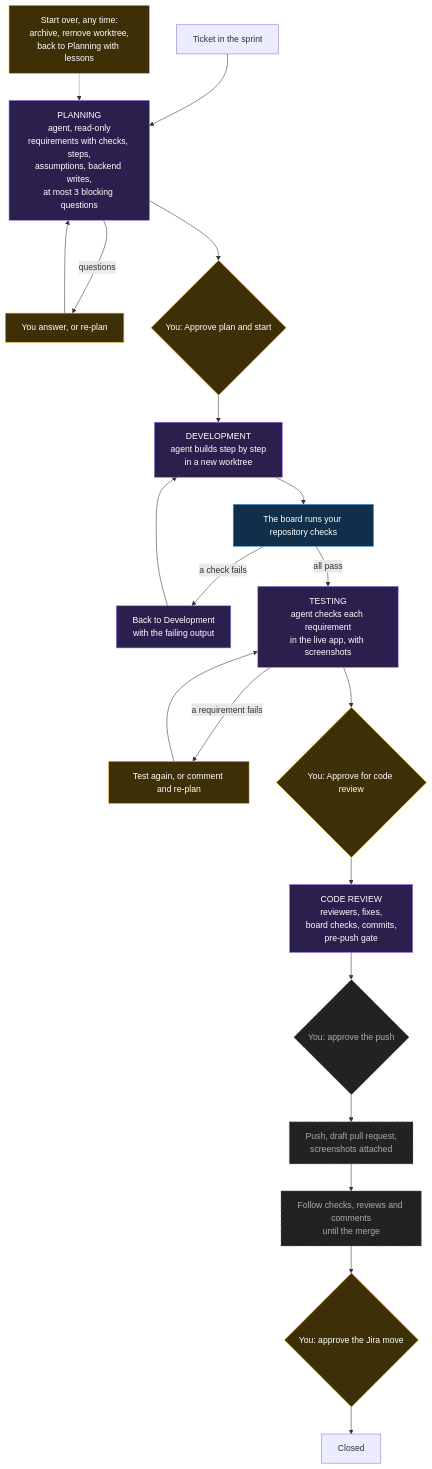
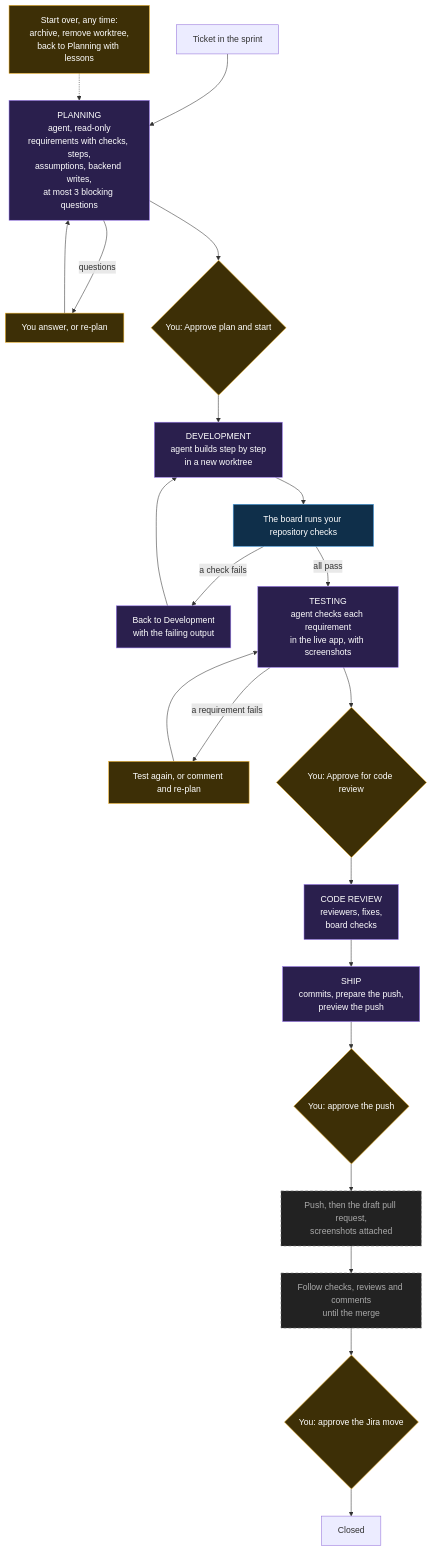
One commit to justindmyers/agent-ticket-board changed the third of 8 diagrams in FLOW.md. Above: the diagram before and after it, drawn with Mermaid. The commit also changed other lines of this file and 5 other files, not shown here.

First line of the commit message:
docs: describe the Ship stage, the push, the check descriptions and the sections

````diff
--- a/FLOW.md
+++ b/FLOW.md
@@ -83,34 +83,35 @@
 ```mermaid
 flowchart TD
   START["Ticket in the sprint"] --> PLAN
 
   PLAN["PLANNING<br/>agent, read-only<br/>requirements with checks, steps,<br/>assumptions, backend writes,<br/>at most 3 blocking questions"]:::agent
   PLAN -->|"questions"| ANSWER["You answer, or re-plan"]:::human
   ANSWER --> PLAN
   PLAN --> G1{"You: Approve plan and start"}:::human
 
   G1 --> DEV["DEVELOPMENT<br/>agent builds step by step<br/>in a new worktree"]:::agent
   DEV --> DEVCHK["The board runs your repository checks"]:::board
   DEVCHK -->|"a check fails"| DEVFIX["Back to Development<br/>with the failing output"]:::agent
   DEVFIX --> DEV
   DEVCHK -->|"all pass"| TEST
 
   TEST["TESTING<br/>agent checks each requirement<br/>in the live app, with screenshots"]:::agent
   TEST -->|"a requirement fails"| TESTAGAIN["Test again, or comment and re-plan"]:::human
   TESTAGAIN --> TEST
   TEST --> G2{"You: Approve for code review"}:::human
 
-  G2 --> REVIEW["CODE REVIEW<br/>reviewers, fixes,<br/>board checks, commits,<br/>pre-push gate"]:::agent
-  REVIEW --> G3{"You: approve the push"}:::planned
-  G3 --> PR["Push, draft pull request,<br/>screenshots attached"]:::planned
+  G2 --> REVIEW["CODE REVIEW<br/>reviewers, fixes,<br/>board checks"]:::agent
+  REVIEW --> SHIP["SHIP<br/>commits, prepare the push,<br/>preview the push"]:::agent
+  SHIP --> G3{"You: approve the push"}:::human
+  G3 --> PR["Push, then the draft pull request,<br/>screenshots attached"]:::planned
   PR --> FOLLOW["Follow checks, reviews and comments<br/>until the merge"]:::planned
   FOLLOW --> JIRAMOVE{"You: approve the Jira move"}:::human
   JIRAMOVE --> DONE["Closed"]
 
   RESTART["Start over, any time:<br/>archive, remove worktree,<br/>back to Planning with lessons"]:::human -.-> PLAN
 
   classDef human fill:#3d2f06,stroke:#f5b82e,color:#fff
   classDef agent fill:#2a1f4d,stroke:#9b7bf0,color:#fff
   classDef board fill:#0f2f4a,stroke:#4aa3e8,color:#fff
   classDef planned fill:#222,stroke:#777,stroke-dasharray:5 4,color:#aaa
 ```
````
